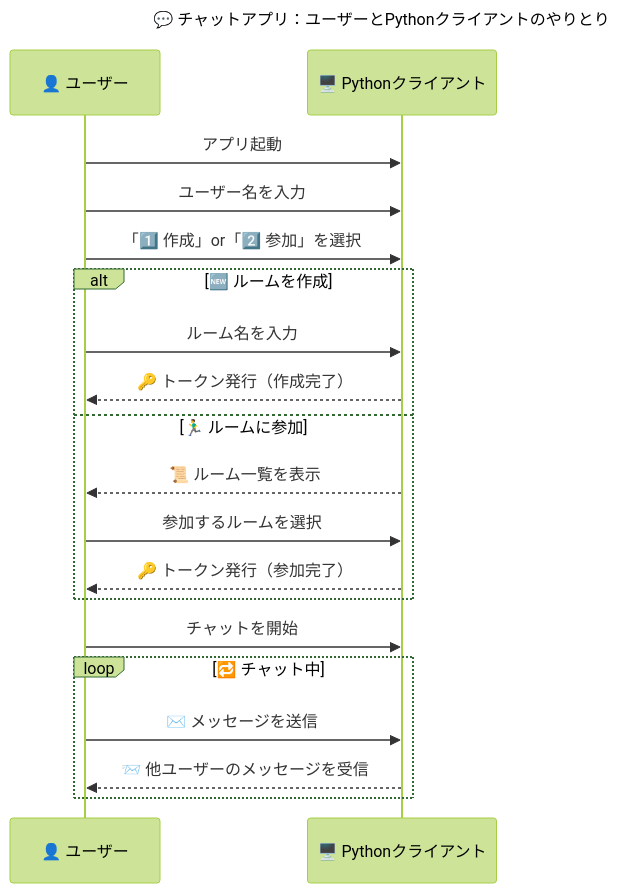
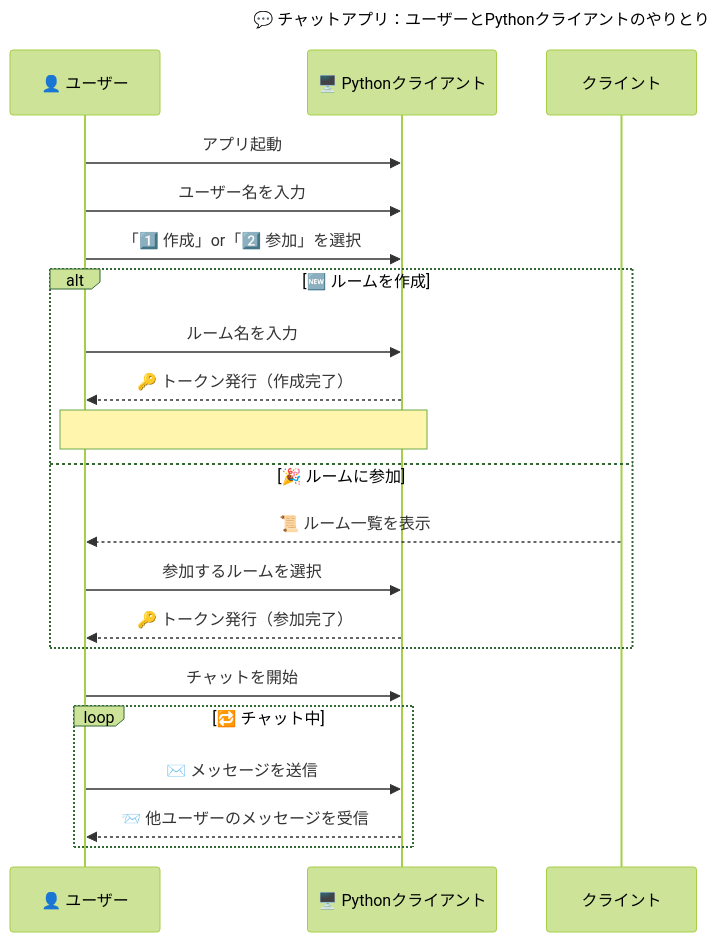
Before and after one commit to BackendExplorer/Tenshin: the first of 2 diagrams in README.md, drawn with Mermaid (forest theme).

````diff
--- a/README.md
+++ b/README.md
@@ -1,31 +1,35 @@
 ```mermaid
 sequenceDiagram
     title 💬 チャットアプリ：ユーザーとPythonクライアントのやりとり
 
     participant ユーザー as 👤 ユーザー
     participant クライアント as 🖥️ Pythonクライアント
 
     %% === 🚀 起動フェーズ ===
     ユーザー->>クライアント: アプリ起動
     ユーザー->>クライアント: ユーザー名を入力
     ユーザー->>クライアント: 「1️⃣ 作成」or「2️⃣ 参加」を選択
 
     %% === 🏠 ルーム選択フェーズ ===
     alt 🆕 ルームを作成
         ユーザー->>クライアント: ルーム名を入力
         クライアント-->>ユーザー: 🔑 トークン発行（作成完了）
-    else 🏃‍♂️ ルームに参加
-        クライアント-->>ユーザー: 📜 ルーム一覧を表示
+
+        %% スペースを空けて視認性向上
+        Note over ユーザー,クライアント: 　
+
+    else 🎉 ルームに参加
+        クライント-->>ユーザー: 📜 ルーム一覧を表示
         ユーザー->>クライアント: 参加するルームを選択
         クライアント-->>ユーザー: 🔑 トークン発行（参加完了）
     end
 
     %% === 💬 チャットフェーズ ===
     ユーザー->>クライアント: チャットを開始
 
     loop 🔁 チャット中
         ユーザー->>クライアント: ✉️ メッセージを送信
         クライアント-->>ユーザー: 📨 他ユーザーのメッセージを受信
     end
 
 ```
````
